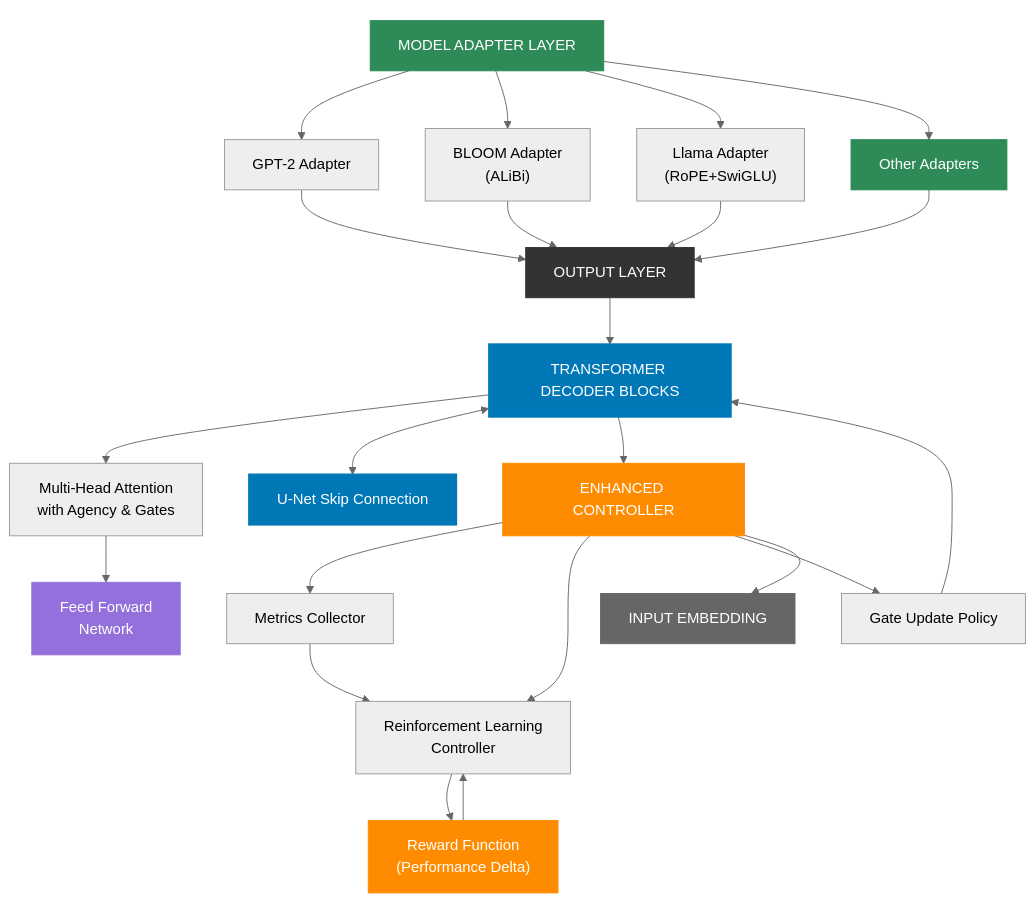
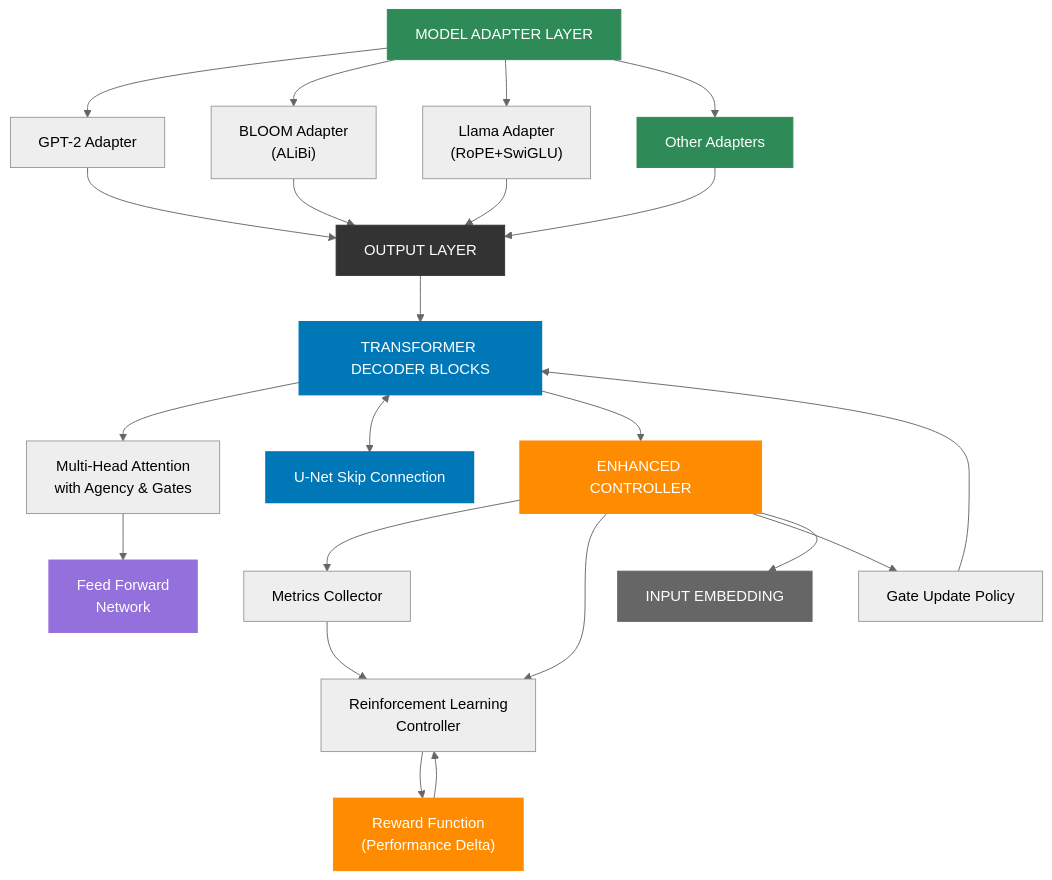
Before and after one commit to CambrianTech/sentinel-ai: the first of 6 diagrams in README.md, drawn with Mermaid (neutral theme). The commit also changed other lines of this file, not shown here.

````diff
--- a/README.md
+++ b/README.md
@@ -14,77 +14,76 @@
 ```mermaid
 flowchart TD
     classDef standard fill:#333,stroke:#333,stroke-width:1px,color:#fff
     classDef highlight fill:#0078b8,stroke:#0078b8,stroke-width:2px,color:#fff
     classDef adapter fill:#2e8b57,stroke:#2e8b57,stroke-width:1px,color:#fff
     classDef controller fill:#ff8c00,stroke:#ff8c00,stroke-width:1px,color:#fff
     classDef attention fill:#9370db,stroke:#9370db,stroke-width:1px,color:#fff
     classDef embedding fill:#666,stroke:#666,stroke-width:1px,color:#fff
     classDef header fill:none,stroke:none,color:#fff,font-weight:bold
     
     %% Main Architecture Components
-    header["SENTINEL-AI ARCHITECTURE"]
     adapterLayer["MODEL ADAPTER LAYER"]
     output["OUTPUT LAYER"]
     transformerBlocks["TRANSFORMER DECODER BLOCKS"]
     controller["ENHANCED CONTROLLER"]
     input["INPUT EMBEDDING"]
     
     %% Adapter Components
     gpt["GPT-2 Adapter"]
     bloom["BLOOM Adapter<br/>(ALiBi)"]
     llama["Llama Adapter<br/>(RoPE+SwiGLU)"]
     others["Other Adapters"]
     
     %% Transformer Block Components
     attention["Multi-Head Attention<br/>with Agency & Gates"]
     ffn["Feed Forward<br/>Network"]
     unet["U-Net Skip Connection"]
     
     %% Controller Components
     metrics["Metrics Collector"]
     rl["Reinforcement Learning<br/>Controller"]
     policy["Gate Update Policy"]
     reward["Reward Function<br/>(Performance Delta)"]
     
     %% Connections
     adapterLayer --> gpt
     adapterLayer --> bloom
     adapterLayer --> llama
     adapterLayer --> others
     
     gpt & bloom & llama & others --> output
     
     output --> transformerBlocks
     
     transformerBlocks --> attention
     attention --> ffn
     
     transformerBlocks <--> unet
     
     transformerBlocks --> controller
     
     controller --> metrics
     controller --> rl
     controller --> policy
     metrics --> rl
     rl --> reward
     reward --> rl
     policy --> transformerBlocks
     
     controller --> input
     
     %% Styling
     header:::header
     adapterLayer:::adapter
     output:::standard
     transformerBlocks:::highlight
     controller:::controller
     input:::embedding
     
     gpt & bloom & llama & others:::adapter
     
     attention & ffn:::attention
     unet:::highlight
     
     metrics & rl & policy & reward:::controller
 ```
````
